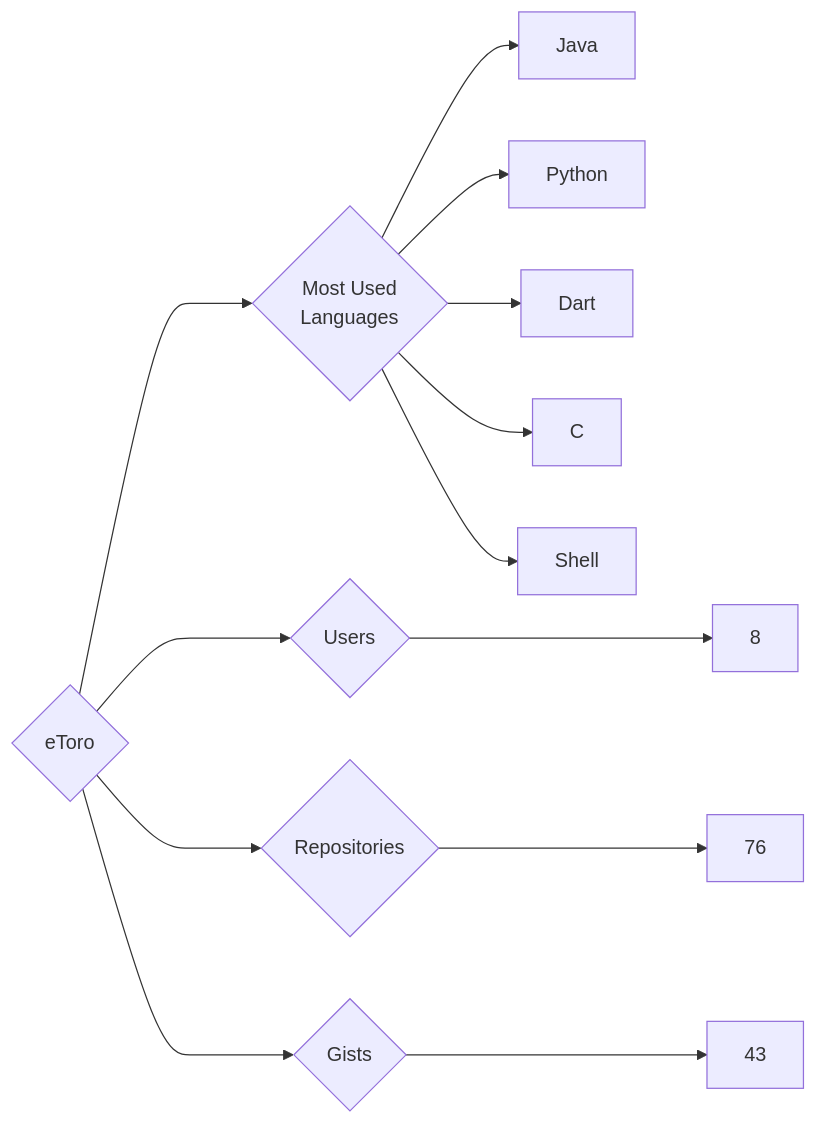
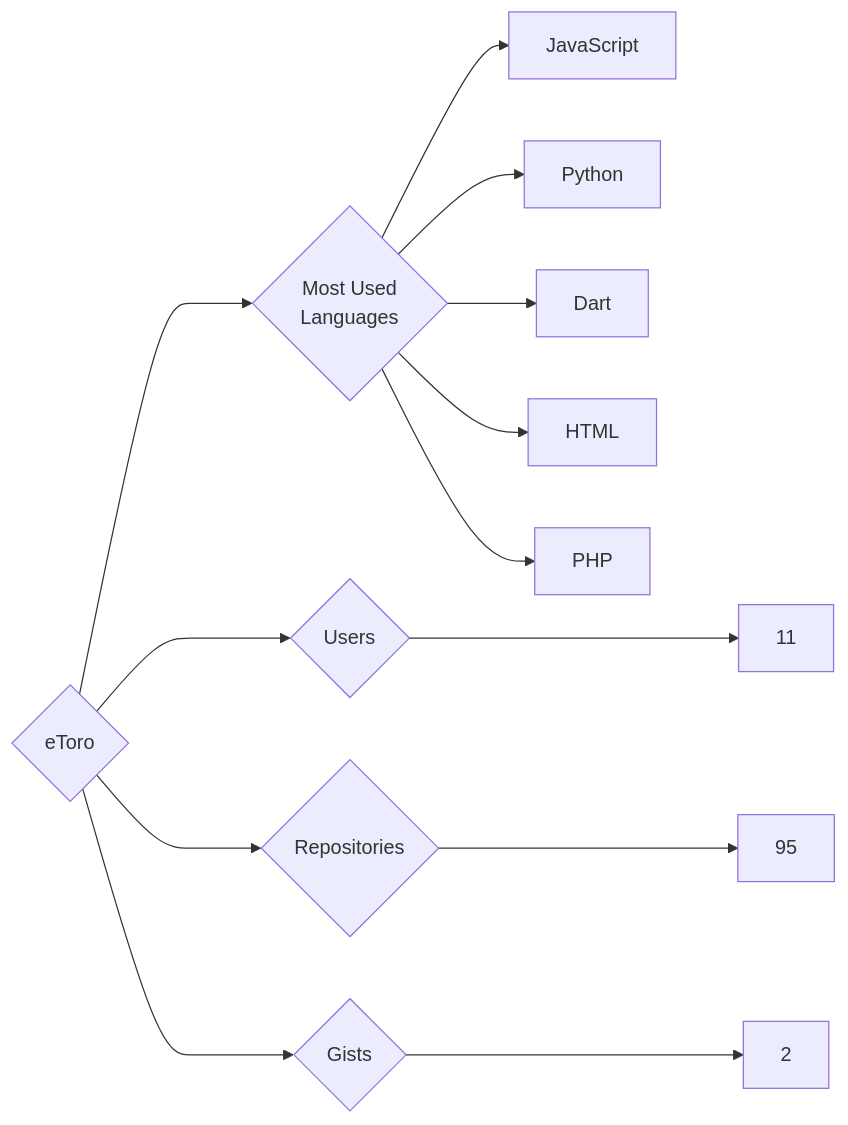
The diagram in targets/eToro/README.md (trickest/insiders), drawn with Mermaid before and after one commit. The commit also changed 1011 other files, not shown here.

````diff
--- a/targets/eToro/README.md
+++ b/targets/eToro/README.md
@@ -3,13 +3,13 @@
 ```mermaid
 graph LR
 COMPANY_NAME{eToro}
-COMPANY_NAME ---> U{Users} ---> UN[8]
-COMPANY_NAME ---> R{Repositories} ---> RN[76]
-COMPANY_NAME ---> G{Gists} ---> GN[43]
+COMPANY_NAME ---> U{Users} ---> UN[11]
+COMPANY_NAME ---> R{Repositories} ---> RN[95]
+COMPANY_NAME ---> G{Gists} ---> GN[2]
 COMPANY_NAME ---> ML{Most Used<br>Languages}
-ML --> Java[Java]
+ML --> JavaScript[JavaScript]
 ML --> Python[Python]
 ML --> Dart[Dart]
-ML --> C[C]
-ML --> Shell[Shell]
+ML --> HTML[HTML]
+ML --> PHP[PHP]
 ```
````
